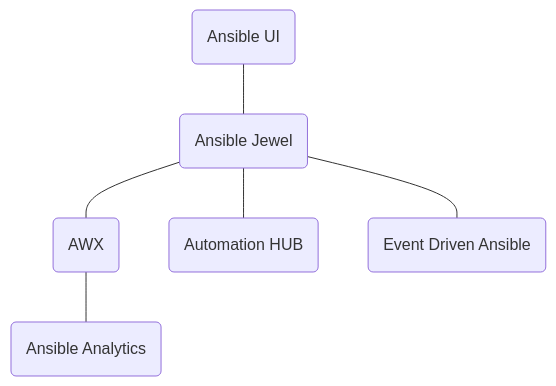
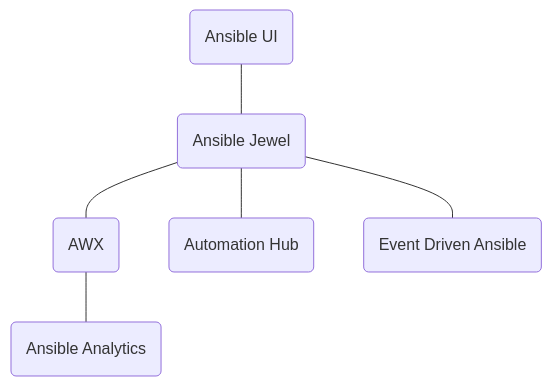
Before and after one commit to ansible/ansible-ui: the diagram in platform/README.md, drawn with Mermaid. The commit also changed other lines of this file and 2 other files, not shown here.

First line of the commit message:
docs: address follow-up review on Platform UI naming and README drift

````diff
--- a/platform/README.md
+++ b/platform/README.md
@@ -5,8 +7,8 @@
 ```mermaid
 flowchart TD
    ui(Ansible UI) --- platform(Ansible Jewel)
    platform --- awx(AWX)
-   platform --- hub(Automation HUB)
+   platform --- hub(Automation Hub)
    platform --- eda(Event Driven Ansible)
    awx --- aa(Ansible Analytics)
 ```
````
